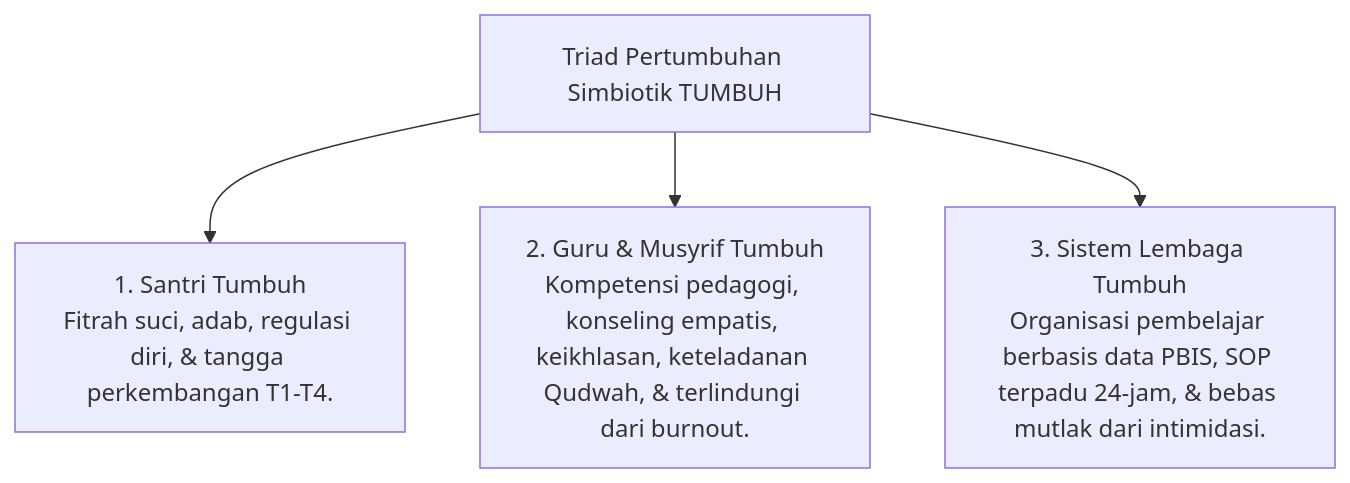
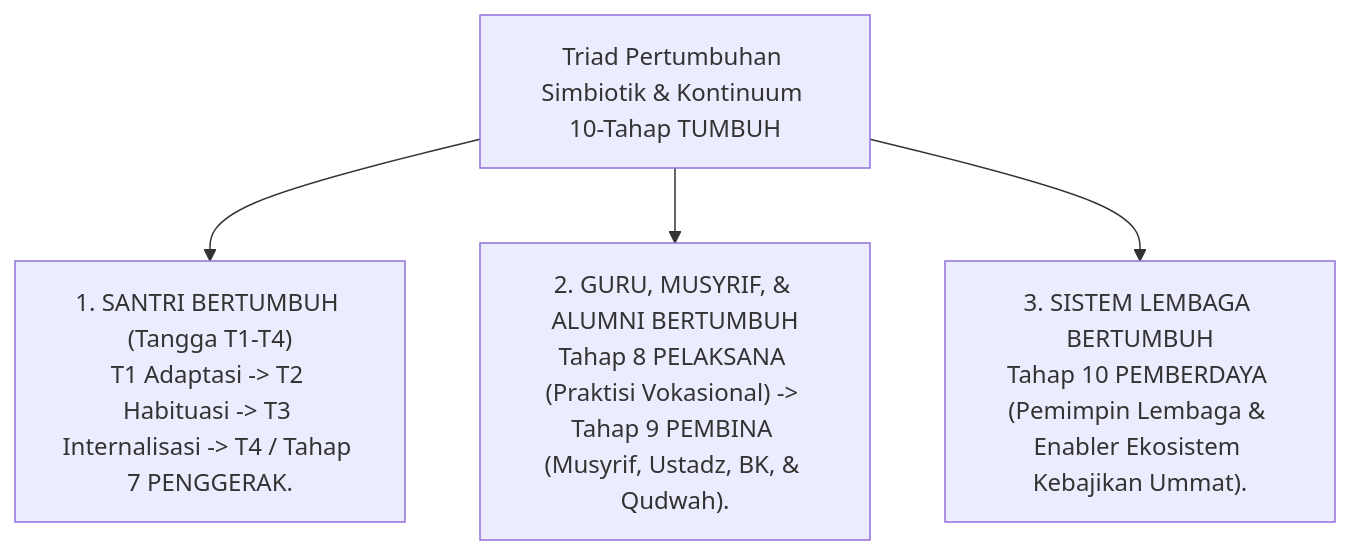
One commit to wandiapriliyandi/tumbuh changed the diagram in README.md. Above: the diagram before and after it, drawn with Mermaid. The commit also changed other lines of this file, not shown here.

Commit message:
docs: update root README with 10-stage growth continuum & master research monograph navigation

````diff
--- a/README.md
+++ b/README.md
@@ -12,7 +12,7 @@
 ```mermaid
 graph TD
-    TriadRoot["Triad Pertumbuhan Simbiotik TUMBUH"]
-    TriadRoot --> SantriGrowth["1. Santri Tumbuh<br/>Fitrah suci, adab, regulasi diri, & tangga perkembangan T1-T4."]
-    TriadRoot --> EducatorGrowth["2. Guru & Musyrif Tumbuh<br/>Kompetensi pedagogi, konseling empatis, keikhlasan, keteladanan Qudwah, & terlindungi dari burnout."]
-    TriadRoot --> SystemGrowth["3. Sistem Lembaga Tumbuh<br/>Organisasi pembelajar berbasis data PBIS, SOP terpadu 24-jam, & bebas mutlak dari intimidasi."]
+    TriadRoot["Triad Pertumbuhan Simbiotik & Kontinuum 10-Tahap TUMBUH"]
+    TriadRoot --> SantriGrowth["1. SANTRI BERTUMBUH (Tangga T1-T4)<br/>T1 Adaptasi -> T2 Habituasi -> T3 Internalisasi -> T4 / Tahap 7 PENGGERAK."]
+    TriadRoot --> EducatorGrowth["2. GURU, MUSYRIF, & ALUMNI BERTUMBUH<br/>Tahap 8 PELAKSANA (Praktisi Vokasional) -> Tahap 9 PEMBINA (Musyrif, Ustadz, BK, & Qudwah)."]
+    TriadRoot --> SystemGrowth["3. SISTEM LEMBAGA BERTUMBUH<br/>Tahap 10 PEMBERDAYA (Pemimpin Lembaga & Enabler Ekosistem Kebajikan Ummat)."]
 ```
````
